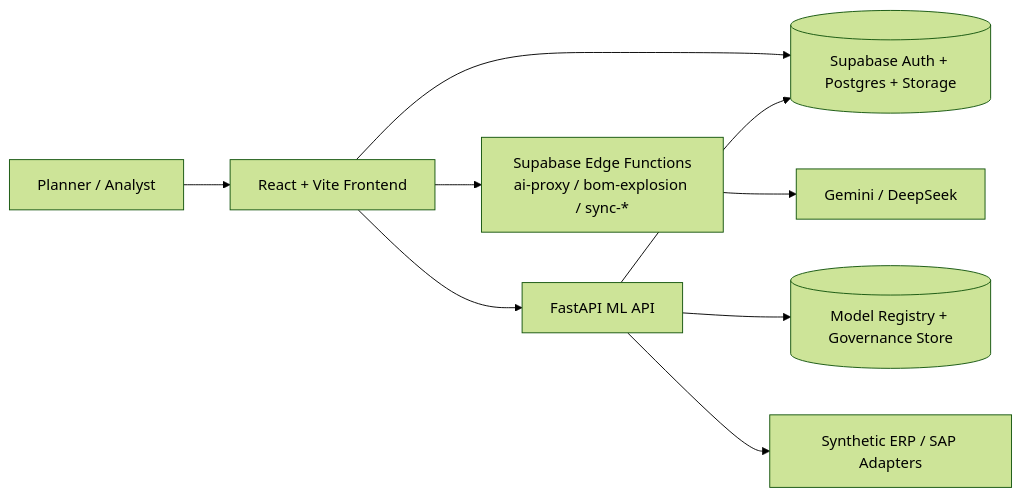
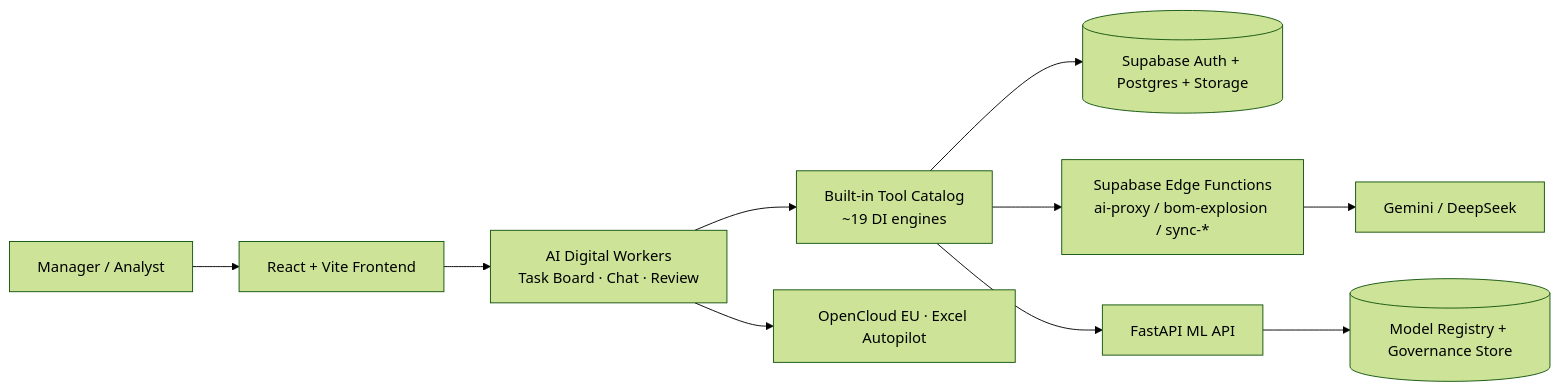
The diagram in README.md (a8594755-maker/Decision-Intelligence-), drawn with Mermaid (forest theme) before and after one commit. The commit also changed other lines of this file and 66 other files, not shown here.

Commit message:
feat: ship digital worker v1 workspace architecture

````diff
--- a/README.md
+++ b/README.md
@@ -84,11 +84,12 @@
 ```mermaid
 flowchart LR
-    U[Planner / Analyst] --> FE[React + Vite Frontend]
-    FE --> SB[(Supabase Auth + Postgres + Storage)]
-    FE --> EF[Supabase Edge Functions<br/>ai-proxy / bom-explosion / sync-*]
-    FE --> ML[FastAPI ML API]
+    M[Manager / Analyst] --> FE[React + Vite Frontend]
+    FE --> WK[AI Digital Workers<br/>Task Board · Chat · Review]
+    WK --> TC[Built-in Tool Catalog<br/>~19 DI engines]
+    TC --> SB[(Supabase Auth + Postgres + Storage)]
+    TC --> EF[Supabase Edge Functions<br/>ai-proxy / bom-explosion / sync-*]
+    TC --> ML[FastAPI ML API]
     EF --> LLM[Gemini / DeepSeek]
     ML --> REG[(Model Registry + Governance Store)]
-    ML --> SB
-    ML --> ERP[Synthetic ERP / SAP Adapters]
+    WK --> OC[OpenCloud EU · Excel Autopilot]
 ```
````
